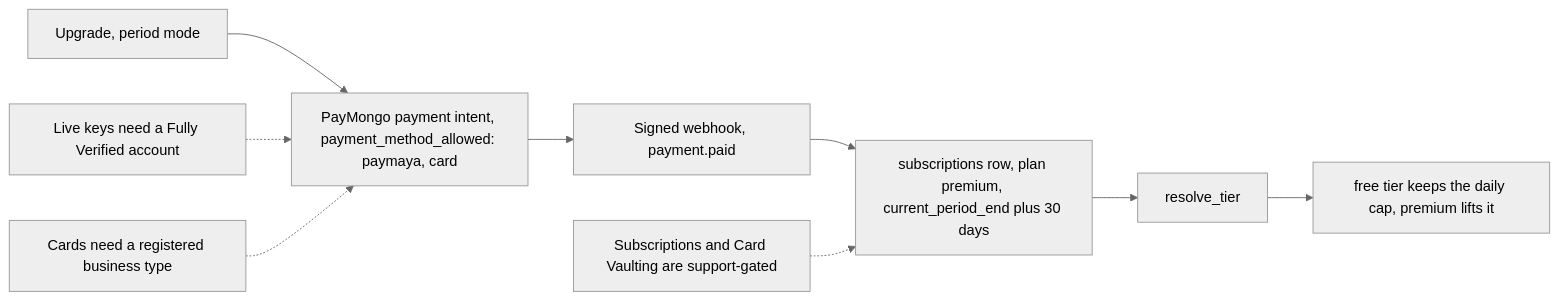
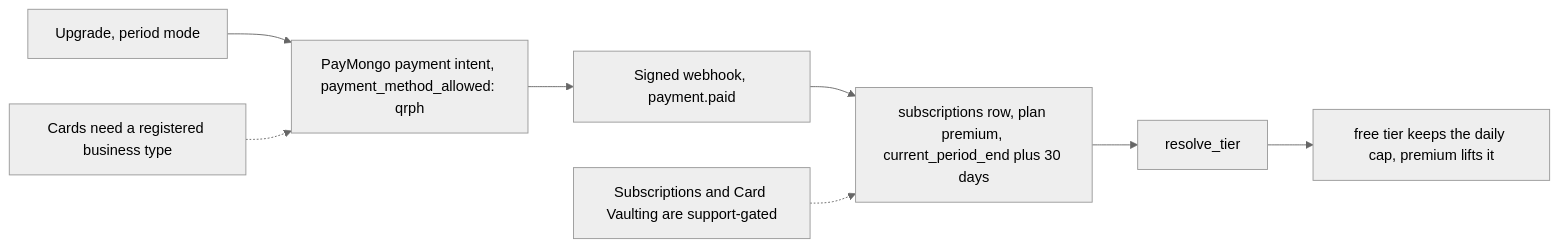
One commit to notseekeru/portfolio_website changed the first of 4 diagrams in frontend/src/content/blogs/what-shipping-a-real-product-actually-took.md. Above: the diagram before and after it, drawn with Mermaid (neutral theme). The commit also changed other lines of this file, not shown here.

Commit message:
docs(blog): updated payment mention

````diff
--- a/frontend/src/content/blogs/what-shipping-a-real-product-actually-took.md
+++ b/frontend/src/content/blogs/what-shipping-a-real-product-actually-took.md
@@ -59,11 +59,10 @@
 ```mermaid
 graph LR
-    U["Upgrade, period mode"] --> PI["PayMongo payment intent, payment_method_allowed: paymaya, card"]
+    U["Upgrade, period mode"] --> PI["PayMongo payment intent, payment_method_allowed: qrph"]
     PI --> WH["Signed webhook, payment.paid"]
     WH --> S["subscriptions row, plan premium, current_period_end plus 30 days"]
     S --> T["resolve_tier"]
     T --> Q["free tier keeps the daily cap, premium lifts it"]
-    G1["Live keys need a Fully Verified account"] -.-> PI
     G2["Cards need a registered business type"] -.-> PI
     G3["Subscriptions and Card Vaulting are support-gated"] -.-> S
 ```
````
